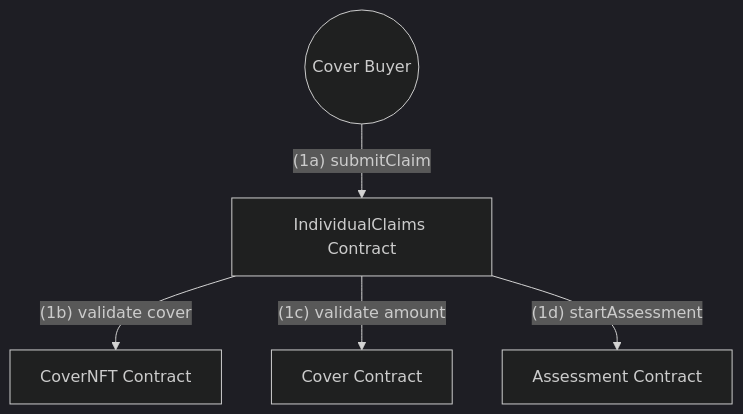
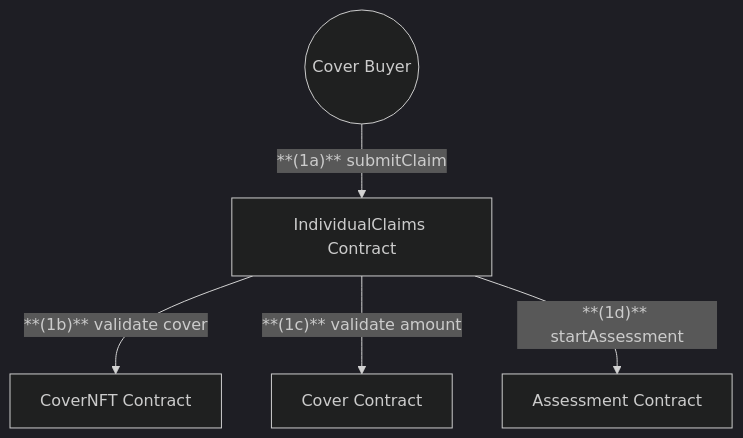
The first of 2 diagrams in docs/diagrams/contracts/claims-assessment.md (NexusMutual/smart-contracts), drawn with Mermaid (dark theme) before and after one commit. The commit also changed other lines of this file and 9 other files, not shown here.

Commit message:
docs: update diagrams docs

````diff
--- a/docs/diagrams/contracts/claims-assessment.md
+++ b/docs/diagrams/contracts/claims-assessment.md
@@ -5,17 +5,17 @@
 ```mermaid
 graph TD
     %% Users
     Member(("Cover Buyer"))
 
     %% Contracts
     IndividualClaims["IndividualClaims Contract"]
     Assessment["Assessment Contract"]
     Cover["Cover Contract"]
     CoverNFT["CoverNFT Contract"]
 
     %% Submit Claim
-    Member -->|"(1a) submitClaim"| IndividualClaims
-    IndividualClaims -->|"(1b) validate cover"| CoverNFT
-    IndividualClaims -->|"(1c) validate amount"| Cover
-    IndividualClaims -->|"(1d) startAssessment"| Assessment
+    Member -->|"**(1a)** submitClaim"| IndividualClaims
+    IndividualClaims -->|"**(1b)** validate cover"| CoverNFT
+    IndividualClaims -->|"**(1c)** validate amount"| Cover
+    IndividualClaims -->|"**(1d)** startAssessment"| Assessment
 ```
````
